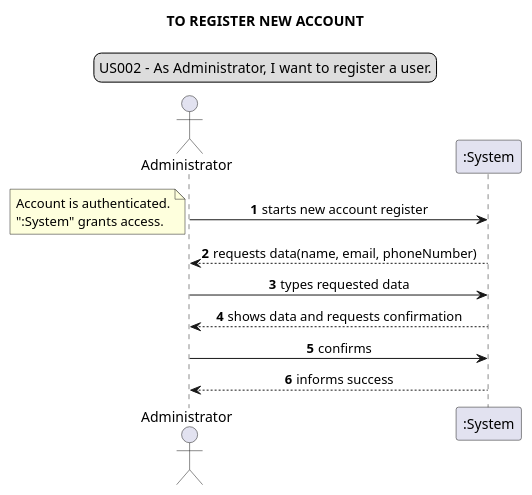
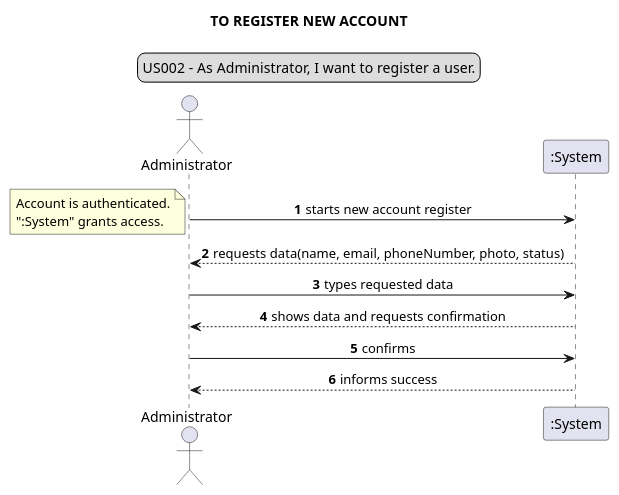
The second of 26 diagrams in docs/requirements_gathering/system_sequence_diagrams/System_Sequence_Diagram.puml (Loracline/project_switch_22-23), drawn with PlantUML before and after one commit. The commit also changed 8 other files, not shown here.

Commit message:
US001,002,003,004,005,006: Design:  -Refinement of class diagrams  -Refinement US005 and US006 sequence diagrams;  -Refinement of system sequence diagram;

```diff
--- a/docs/requirements_gathering/system_sequence_diagrams/System_Sequence_Diagram.puml
+++ b/docs/requirements_gathering/system_sequence_diagrams/System_Sequence_Diagram.puml
@@ -21,19 +21,19 @@
 @startuml
 skinparam sequenceMessageAlign center
 title TO REGISTER NEW ACCOUNT
 legend top
 US002 - As Administrator, I want to register a user.
 end legend
 autonumber
 actor Administrator
 Administrator -> ":System": starts new account register
 note left
 Account is authenticated.
 ":System" grants access.
 end note
-Administrator <-- ":System": requests data(name, email, phoneNumber)
+Administrator <-- ":System": requests data(name, email, phoneNumber, photo, status)
 Administrator  -> ":System": types requested data
 ":System" --> Administrator: shows data and requests confirmation
 Administrator  -> ":System": confirms
 ":System" --> Administrator: informs success
 @enduml
```
